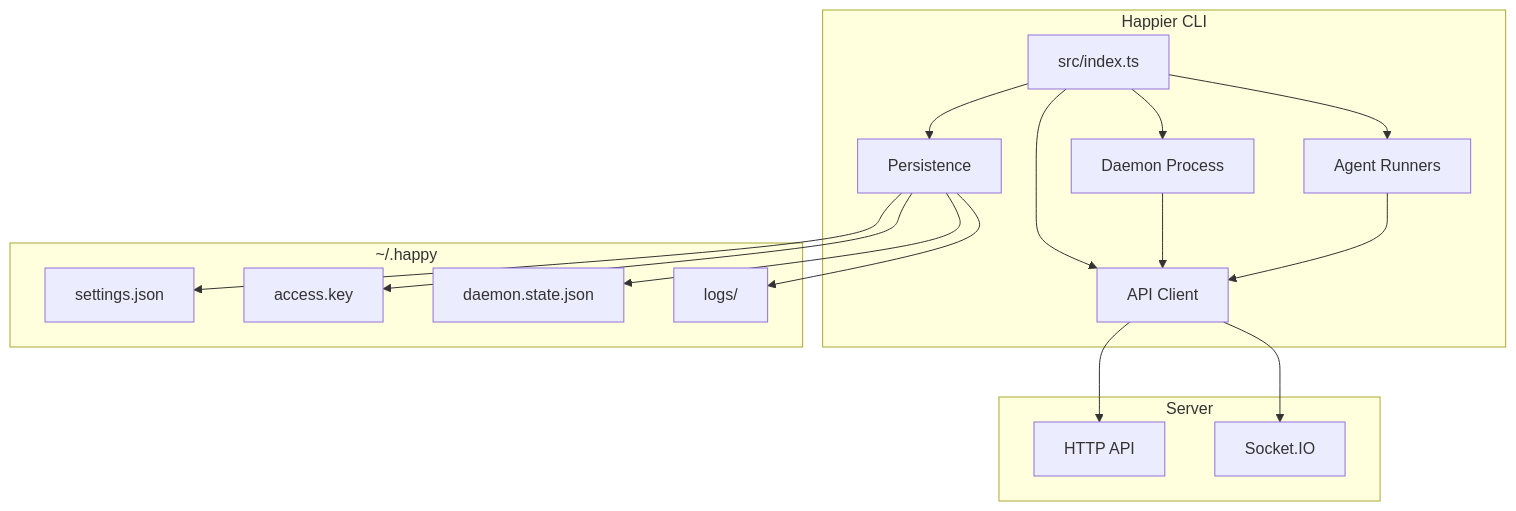
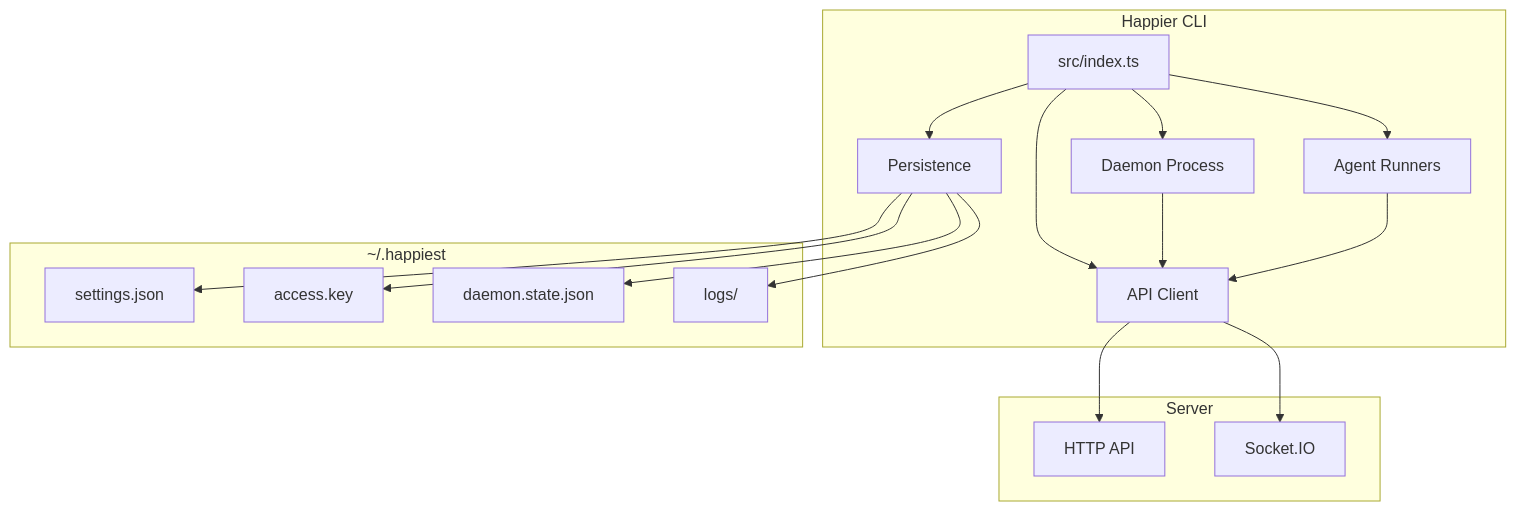
Before and after one commit to ErikaAlk/happiest: the first of 13 diagrams in docs/cli-architecture.md, drawn with Mermaid. The commit also changed other lines of this file and 11 other files, not shown here.

````diff
--- a/docs/cli-architecture.md
+++ b/docs/cli-architecture.md
@@ -7,33 +7,33 @@
 ```mermaid
 graph TB
     subgraph "Happier CLI"
         Entry[src/index.ts]
         API[API Client]
         Daemon[Daemon Process]
         Agents[Agent Runners]
         Persist[Persistence]
     end
 
-    subgraph "~/.happy"
+    subgraph "~/.happiest"
         Settings[settings.json]
         AccessKey[access.key]
         DaemonState[daemon.state.json]
         Logs[logs/]
     end
 
     subgraph Server
         HTTP[HTTP API]
         Socket[Socket.IO]
     end
 
     Entry --> API
     Entry --> Daemon
     Entry --> Agents
     Entry --> Persist
 
     Persist --> Settings & AccessKey & DaemonState & Logs
 
     API --> HTTP & Socket
     Daemon --> API
     Agents --> API
 ```
````
